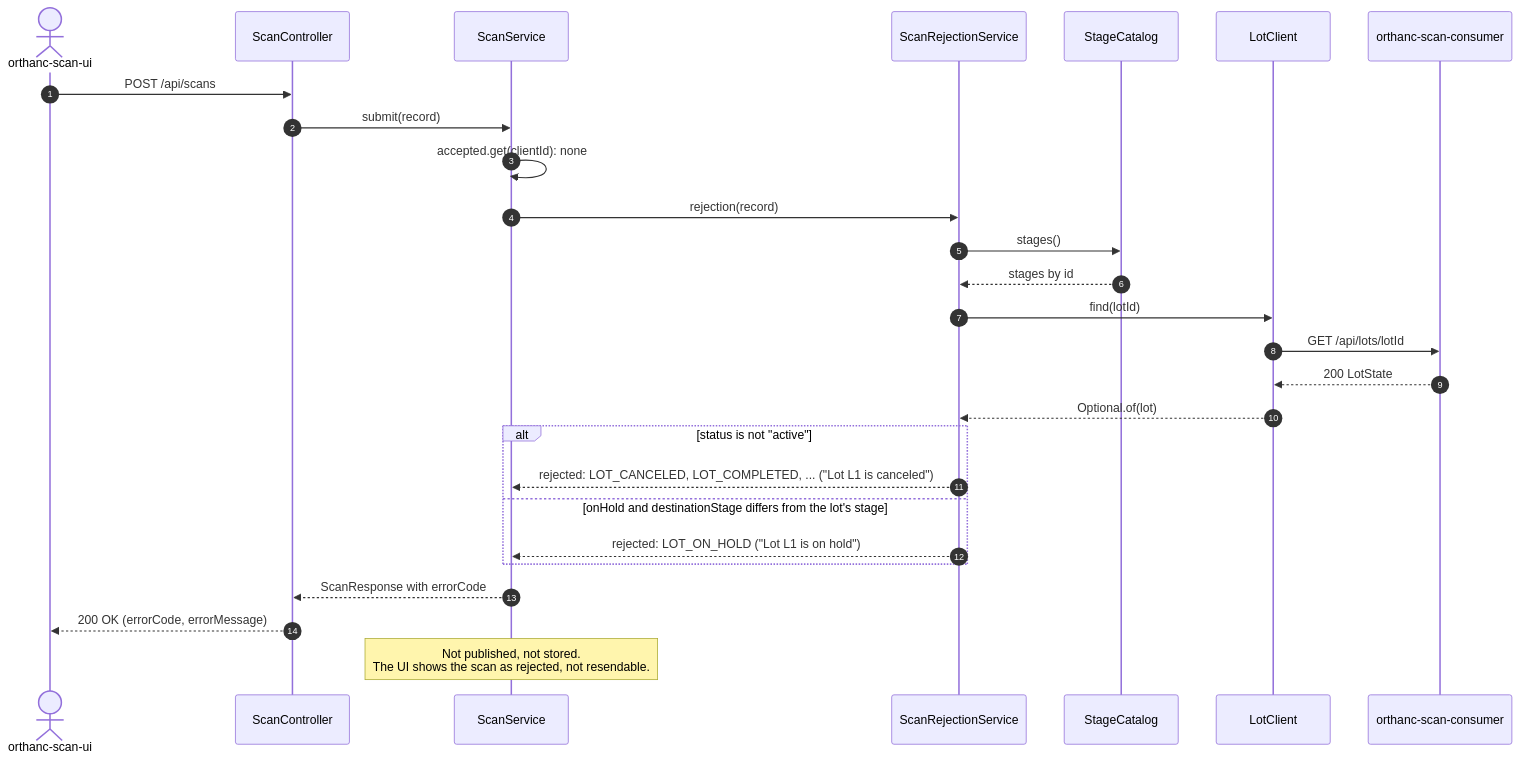
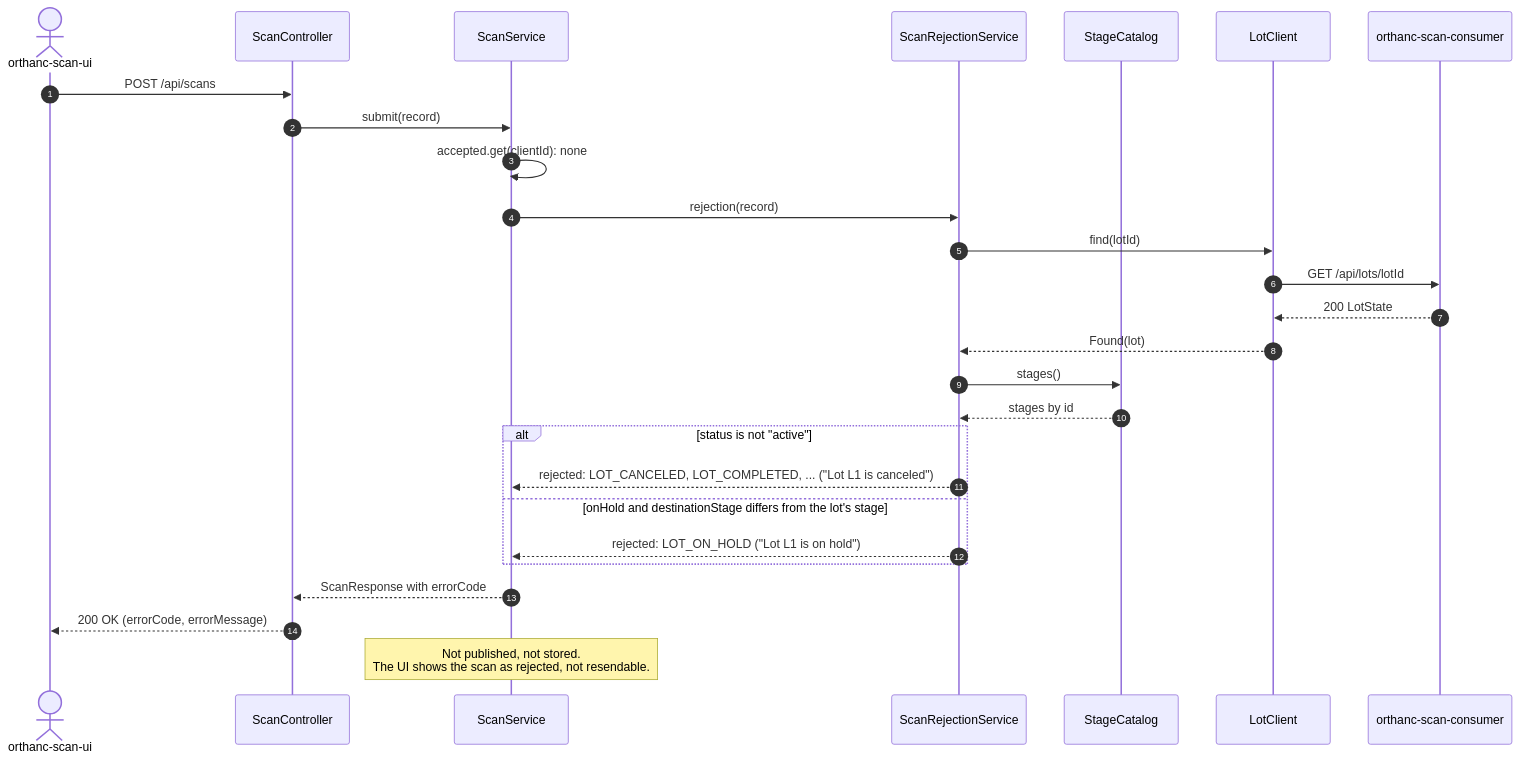
Before and after one commit to spydrone13/orthanc-scan-producer: the fifth of 16 diagrams in docs/class-diagram.md, drawn with Mermaid. The commit also changed other lines of this file and 5 other files, not shown here.

Commit message:
Allow scans for lots not found

````diff
--- a/docs/class-diagram.md
+++ b/docs/class-diagram.md
@@ -369,30 +392,30 @@
 ```mermaid
 sequenceDiagram
     autonumber
     actor UI as orthanc-scan-ui
     participant Ctrl as ScanController
     participant Svc as ScanService
     participant Rej as ScanRejectionService
     participant Catalog as StageCatalog
     participant Lots as LotClient
     participant Consumer as orthanc-scan-consumer
 
     UI->>Ctrl: POST /api/scans
     Ctrl->>Svc: submit(record)
     Svc->>Svc: accepted.get(clientId): none
     Svc->>Rej: rejection(record)
-    Rej->>Catalog: stages()
-    Catalog-->>Rej: stages by id
     Rej->>Lots: find(lotId)
     Lots->>Consumer: GET /api/lots/lotId
     Consumer-->>Lots: 200 LotState
-    Lots-->>Rej: Optional.of(lot)
+    Lots-->>Rej: Found(lot)
+    Rej->>Catalog: stages()
+    Catalog-->>Rej: stages by id
     alt status is not "active"
         Rej-->>Svc: rejected: LOT_CANCELED, LOT_COMPLETED, ... ("Lot L1 is canceled")
     else onHold and destinationStage differs from the lot's stage
         Rej-->>Svc: rejected: LOT_ON_HOLD ("Lot L1 is on hold")
     end
     Svc-->>Ctrl: ScanResponse with errorCode
     Ctrl-->>UI: 200 OK (errorCode, errorMessage)
     Note over Svc: Not published, not stored.<br/>The UI shows the scan as rejected, not resendable.
 ```
````
